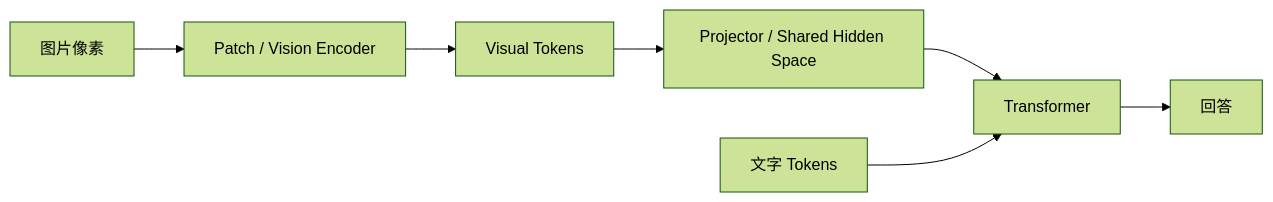
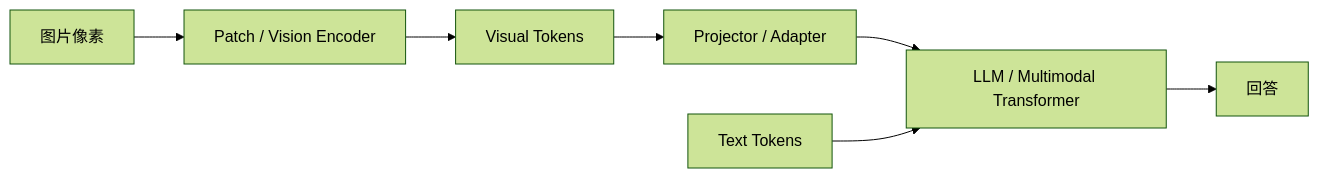
The second of 4 diagrams in docs/05_multimodal/index.md (lizuyi-6/day0), drawn with Mermaid (forest theme) before and after one commit. The commit also changed other lines of this file, not shown here.

Commit message:
docs: complete native multimodal chapter

````diff
--- a/docs/05_multimodal/index.md
+++ b/docs/05_multimodal/index.md
@@ -39,9 +45,9 @@
 ```mermaid
 flowchart LR
     A[图片像素] --> B[Patch / Vision Encoder]
     B --> C[Visual Tokens]
-    C --> D[Projector / Shared Hidden Space]
-    D --> E[Transformer]
-    F[文字 Tokens] --> E
+    C --> D[Projector / Adapter]
+    D --> E[LLM / Multimodal Transformer]
+    F[Text Tokens] --> E
     E --> G[回答]
 ```
````
